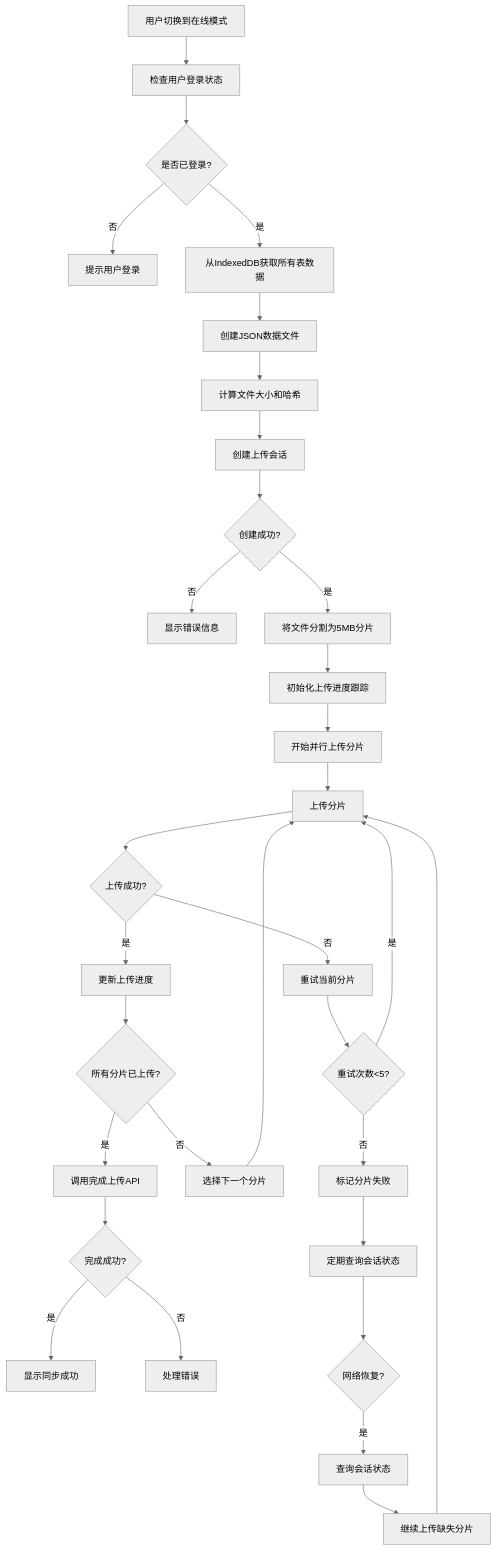
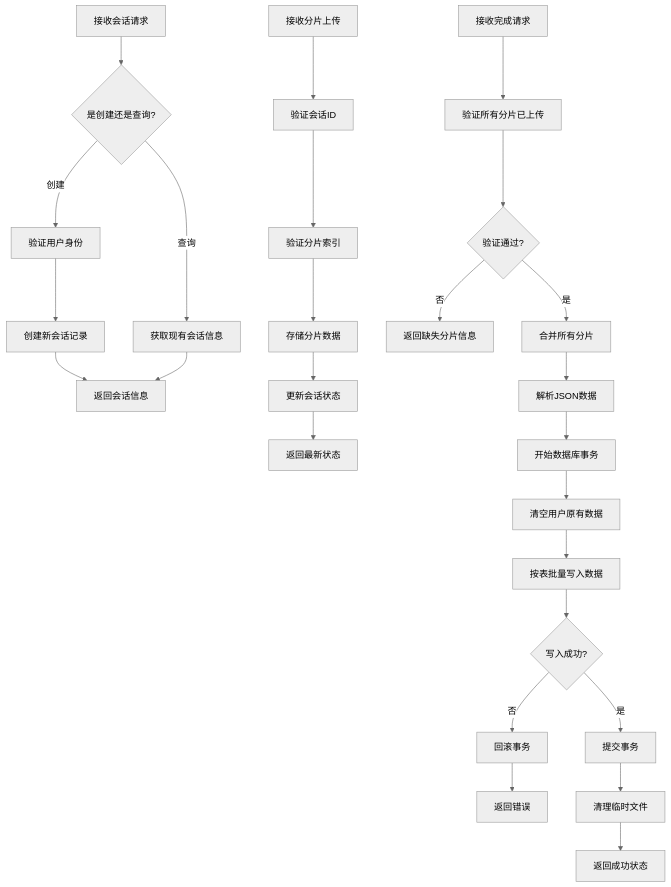
The diagram in all/未命名-59.md (yingjianzh/iodraw-files), drawn with Mermaid (neutral theme) before and after one commit.

Commit message:
2025-05-14 17:39:22 update

````diff
--- a/all/未命名-59.md
+++ b/all/未命名-59.md
@@ -1,34 +1,30 @@
 ```mermaid
 flowchart TD
-    A[用户切换到在线模式] --> B[检查用户登录状态]
-    B --> C{是否已登录?}
-    C -->|否| D[提示用户登录]
-    C -->|是| E[从IndexedDB获取所有表数据]
-    E --> F[创建JSON数据文件]
-    F --> G[计算文件大小和哈希]
-    G --> H[创建上传会话]
-    H --> I{创建成功?}
-    I -->|否| J[显示错误信息]
-    I -->|是| K[将文件分割为5MB分片]
-    K --> L[初始化上传进度跟踪]
-    L --> M[开始并行上传分片]
-    M --> N[上传分片]
-    N --> O{上传成功?}
-    O -->|是| P[更新上传进度]
-    O -->|否| Q[重试当前分片]
-    Q --> R{重试次数<5?}
-    R -->|是| N
-    R -->|否| S[标记分片失败]
-    S --> T[定期查询会话状态]
-    P --> U{所有分片已上传?}
-    U -->|否| V[选择下一个分片]
-    V --> N
-    U -->|是| W[调用完成上传API]
-    W --> X{完成成功?}
-    X -->|是| Y[显示同步成功]
-    X -->|否| Z[处理错误]
-    T --> AA{网络恢复?}
-    AA -->|是| AB[查询会话状态]
-    AB --> AC[继续上传缺失分片]
-    AC --> N
+    A[接收会话请求] --> B{是创建还是查询?}
+    B -->|创建| C[验证用户身份]
+    B -->|查询| D[获取现有会话信息]
+    C --> E[创建新会话记录]
+    E --> F[返回会话信息]
+    D --> F
+    
+    G[接收分片上传] --> H[验证会话ID]
+    H --> I[验证分片索引]
+    I --> J[存储分片数据]
+    J --> K[更新会话状态]
+    K --> L[返回最新状态]
+    
+    M[接收完成请求] --> N[验证所有分片已上传]
+    N --> O{验证通过?}
+    O -->|否| P[返回缺失分片信息]
+    O -->|是| Q[合并所有分片]
+    Q --> R[解析JSON数据]
+    R --> S[开始数据库事务]
+    S --> T[清空用户原有数据]
+    T --> U[按表批量写入数据]
+    U --> V{写入成功?}
+    V -->|否| W[回滚事务]
+    W --> X[返回错误]
+    V -->|是| Y[提交事务]
+    Y --> Z[清理临时文件]
+    Z --> AA[返回成功状态]
 ```
````
